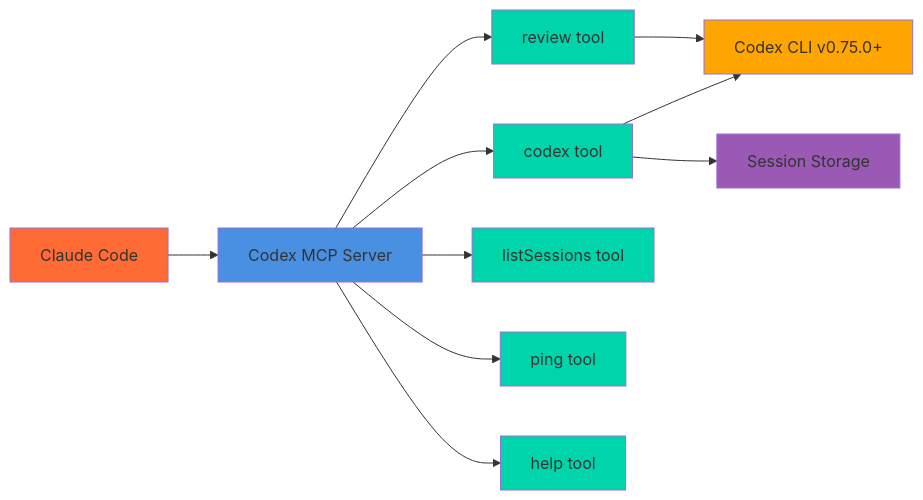
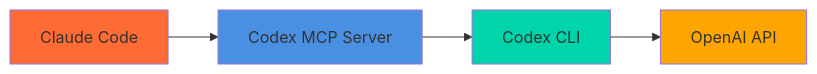
Before and after one commit to tuannvm/codex-mcp-server: the diagram in README.md, drawn with Mermaid. The commit also changed other lines of this file and 1 other file, not shown here.

Commit message:
docs: streamline README and add installation options to API reference

````diff
--- a/README.md
+++ b/README.md
@@ -9,24 +9,11 @@
 ```mermaid
 graph LR
     A[Claude Code] --> B[Codex MCP Server]
-
-    B --> C[codex tool]
-    B --> R[review tool]
-    B --> D[listSessions tool]
-    B --> E[ping tool]
-    B --> F[help tool]
-
-    C --> G[Codex CLI v0.75.0+]
-    C --> H[Session Storage]
-    R --> G
+    B --> C[Codex CLI]
+    C --> D[OpenAI API]
 
     style A fill:#FF6B35
     style B fill:#4A90E2
     style C fill:#00D4AA
-    style R fill:#00D4AA
-    style D fill:#00D4AA
-    style E fill:#00D4AA
-    style F fill:#00D4AA
-    style G fill:#FFA500
-    style H fill:#9B59B6
+    style D fill:#FFA500
 ```
````
